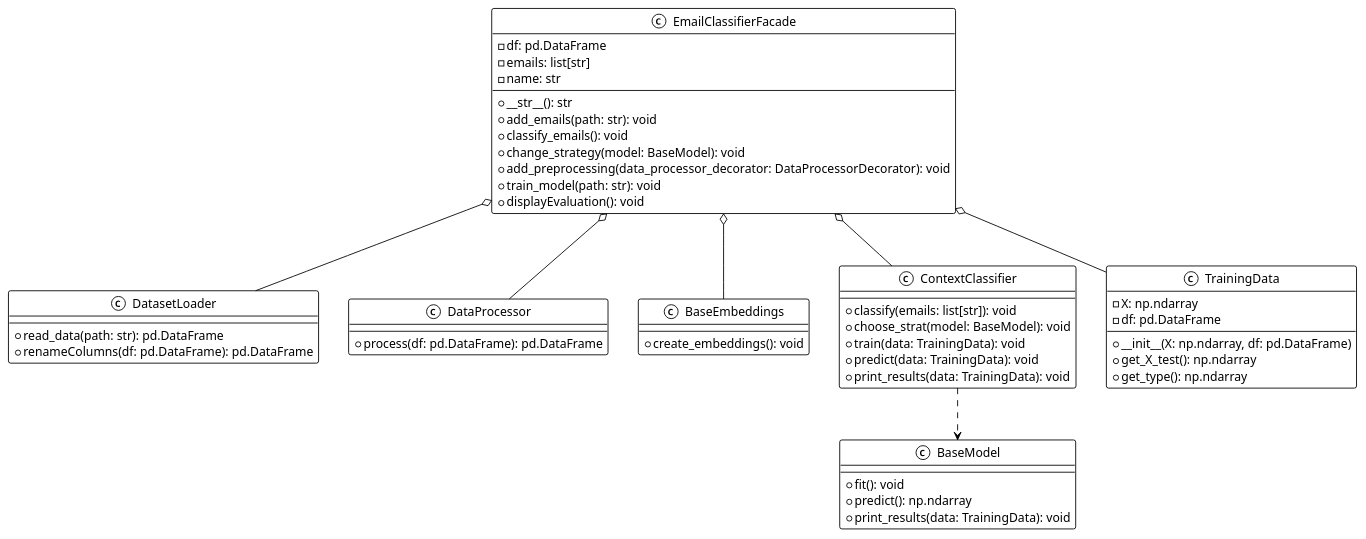
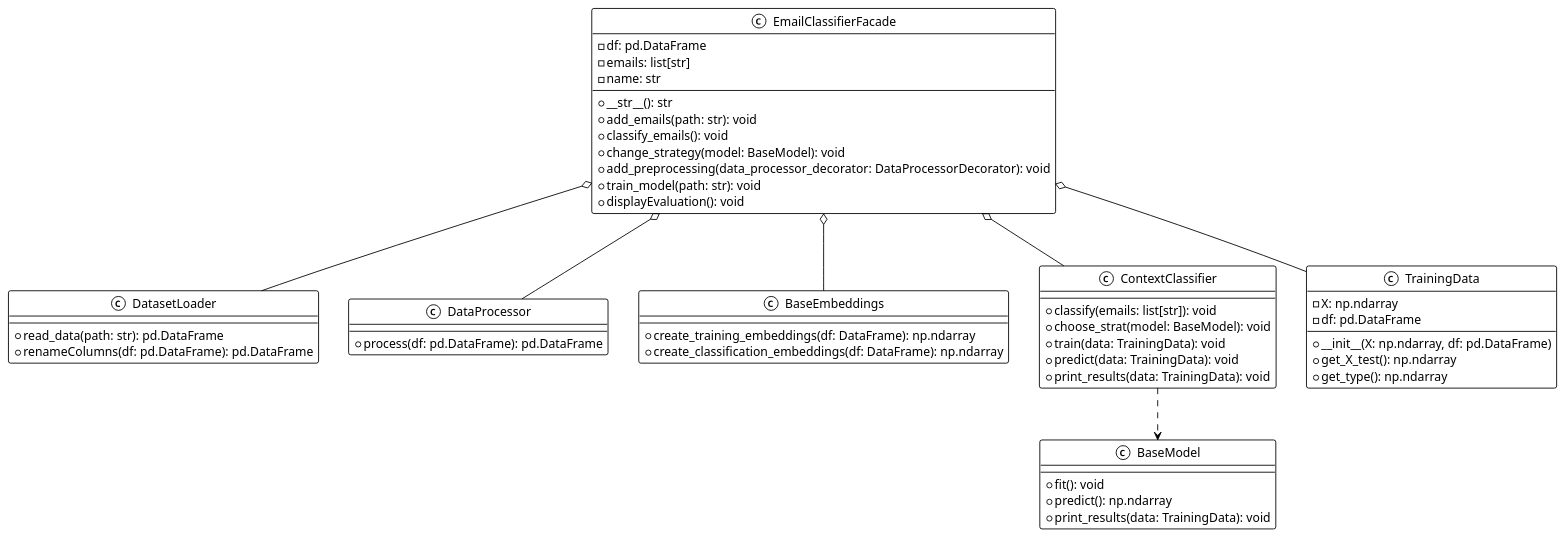
The diagram in uml/facade_diagram.wsd (chrnas/email-classifier), drawn with PlantUML before and after one commit. The commit also changed 24 other files, not shown here.

```diff
--- a/uml/facade_diagram.wsd
+++ b/uml/facade_diagram.wsd
@@ -1,59 +1,60 @@
 @startuml
 !theme mono
 
 class EmailClassifierFacade {
     - df: pd.DataFrame
     - emails: list[str]
     - name: str
     + __str__(): str
     + add_emails(path: str): void
     + classify_emails(): void
     + change_strategy(model: BaseModel): void
     + add_preprocessing(data_processor_decorator: DataProcessorDecorator): void
     + train_model(path: str): void
     + displayEvaluation(): void
 }
 
 class DatasetLoader {
     + read_data(path: str): pd.DataFrame
     + renameColumns(df: pd.DataFrame): pd.DataFrame
 }
 
 class DataProcessor {
     + process(df: pd.DataFrame): pd.DataFrame
 }
 
 class BaseEmbeddings {
-    + create_embeddings(): void
+    + create_training_embeddings(df: DataFrame): np.ndarray
+    + create_classification_embeddings(df: DataFrame): np.ndarray
 }
 
 class ContextClassifier {
     + classify(emails: list[str]): void
     + choose_strat(model: BaseModel): void
     + train(data: TrainingData): void
     + predict(data: TrainingData): void
     + print_results(data: TrainingData): void
 }
 
 class BaseModel {
     + fit(): void
     + predict(): np.ndarray
     + print_results(data: TrainingData): void
 }
 
 class TrainingData {
     - X: np.ndarray
     - df: pd.DataFrame
     + __init__(X: np.ndarray, df: pd.DataFrame)
     + get_X_test(): np.ndarray
     + get_type(): np.ndarray
 }
 
 EmailClassifierFacade o-- DatasetLoader
 EmailClassifierFacade o-- DataProcessor
 EmailClassifierFacade o-- BaseEmbeddings
 EmailClassifierFacade o-- ContextClassifier
 EmailClassifierFacade o-- TrainingData
 ContextClassifier ..> BaseModel
 
 @enduml
```
